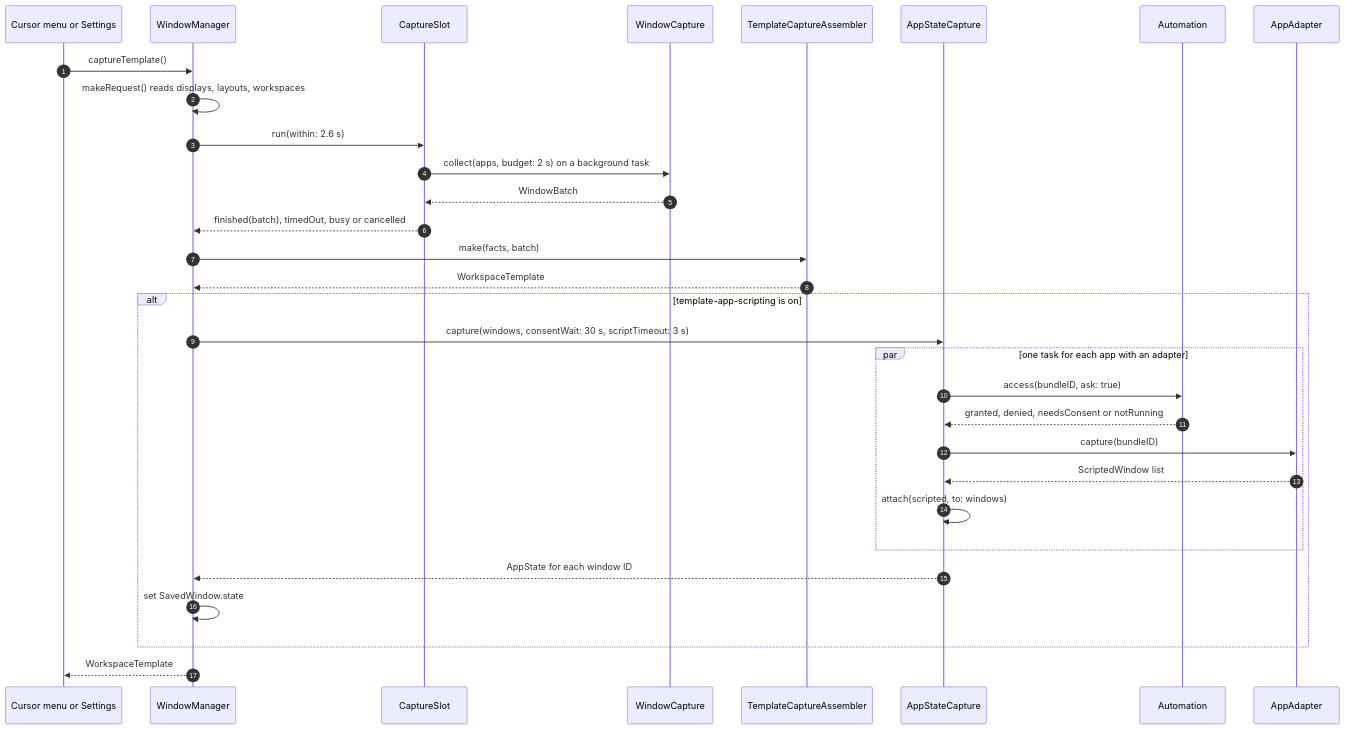
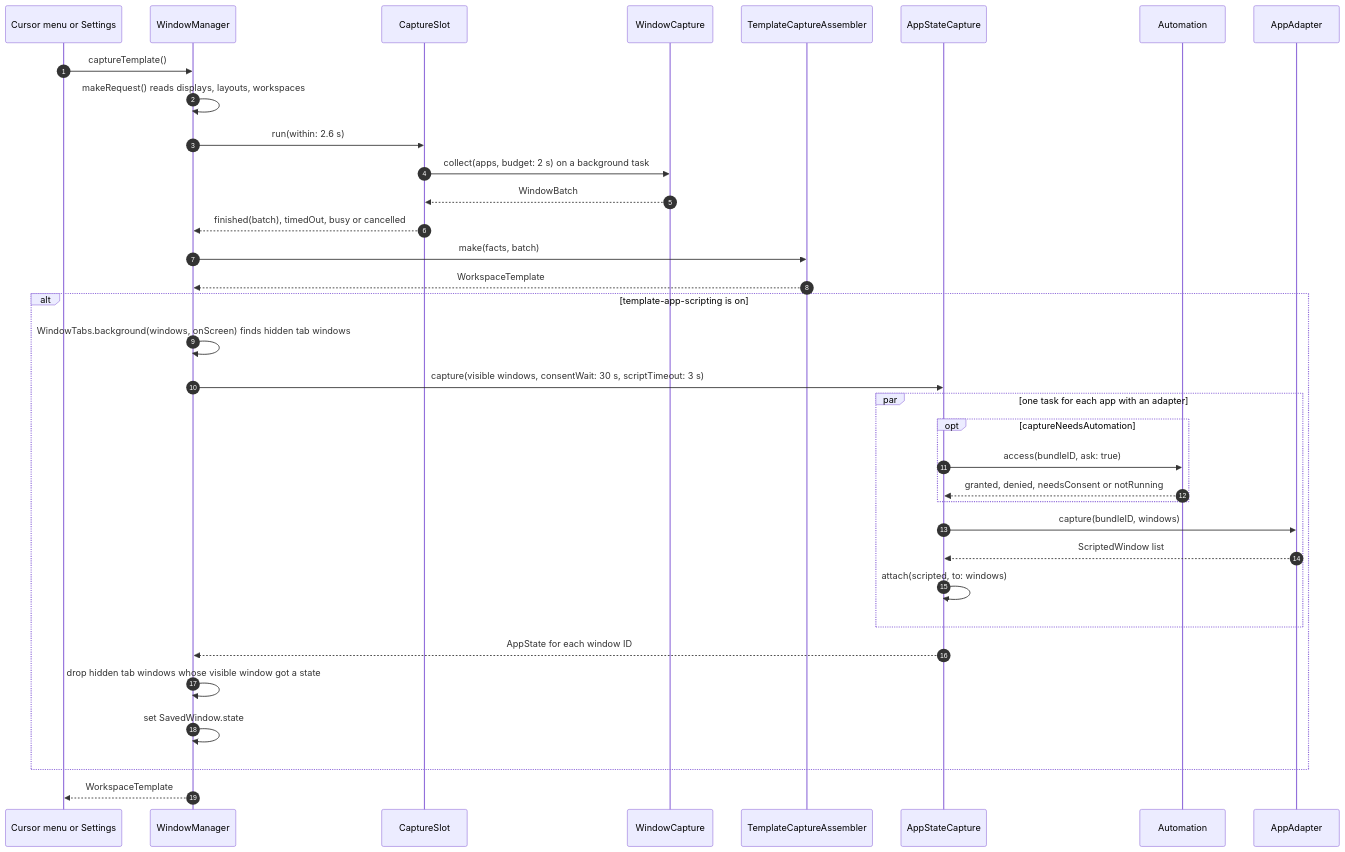
One commit to ganya002/CatWM changed the third of 16 diagrams in docs/internals/window-session.md. Above: the diagram before and after it, drawn with Mermaid. The commit also changed other lines of this file and 13 other files, not shown here.

````diff
--- a/docs/internals/window-session.md
+++ b/docs/internals/window-session.md
@@ -95,34 +95,38 @@
 ```mermaid
 sequenceDiagram
     autonumber
     participant UI as Cursor menu or Settings
     participant WM as WindowManager
     participant Slot as CaptureSlot
     participant WC as WindowCapture
     participant AS as TemplateCaptureAssembler
     participant SC as AppStateCapture
     participant AU as Automation
     participant AD as AppAdapter
 
     UI->>WM: captureTemplate()
     WM->>WM: makeRequest() reads displays, layouts, workspaces
     WM->>Slot: run(within: 2.6 s)
     Slot->>WC: collect(apps, budget: 2 s) on a background task
     WC-->>Slot: WindowBatch
     Slot-->>WM: finished(batch), timedOut, busy or cancelled
     WM->>AS: make(facts, batch)
     AS-->>WM: WorkspaceTemplate
     alt template-app-scripting is on
-        WM->>SC: capture(windows, consentWait: 30 s, scriptTimeout: 3 s)
+        WM->>WM: WindowTabs.background(windows, onScreen) finds hidden tab windows
+        WM->>SC: capture(visible windows, consentWait: 30 s, scriptTimeout: 3 s)
         par one task for each app with an adapter
-            SC->>AU: access(bundleID, ask: true)
-            AU-->>SC: granted, denied, needsConsent or notRunning
-            SC->>AD: capture(bundleID)
+            opt captureNeedsAutomation
+                SC->>AU: access(bundleID, ask: true)
+                AU-->>SC: granted, denied, needsConsent or notRunning
+            end
+            SC->>AD: capture(bundleID, windows)
             AD-->>SC: ScriptedWindow list
             SC->>SC: attach(scripted, to: windows)
         end
         SC-->>WM: AppState for each window ID
+        WM->>WM: drop hidden tab windows whose visible window got a state
         WM->>WM: set SavedWindow.state
     end
     WM-->>UI: WorkspaceTemplate
 ```
````
